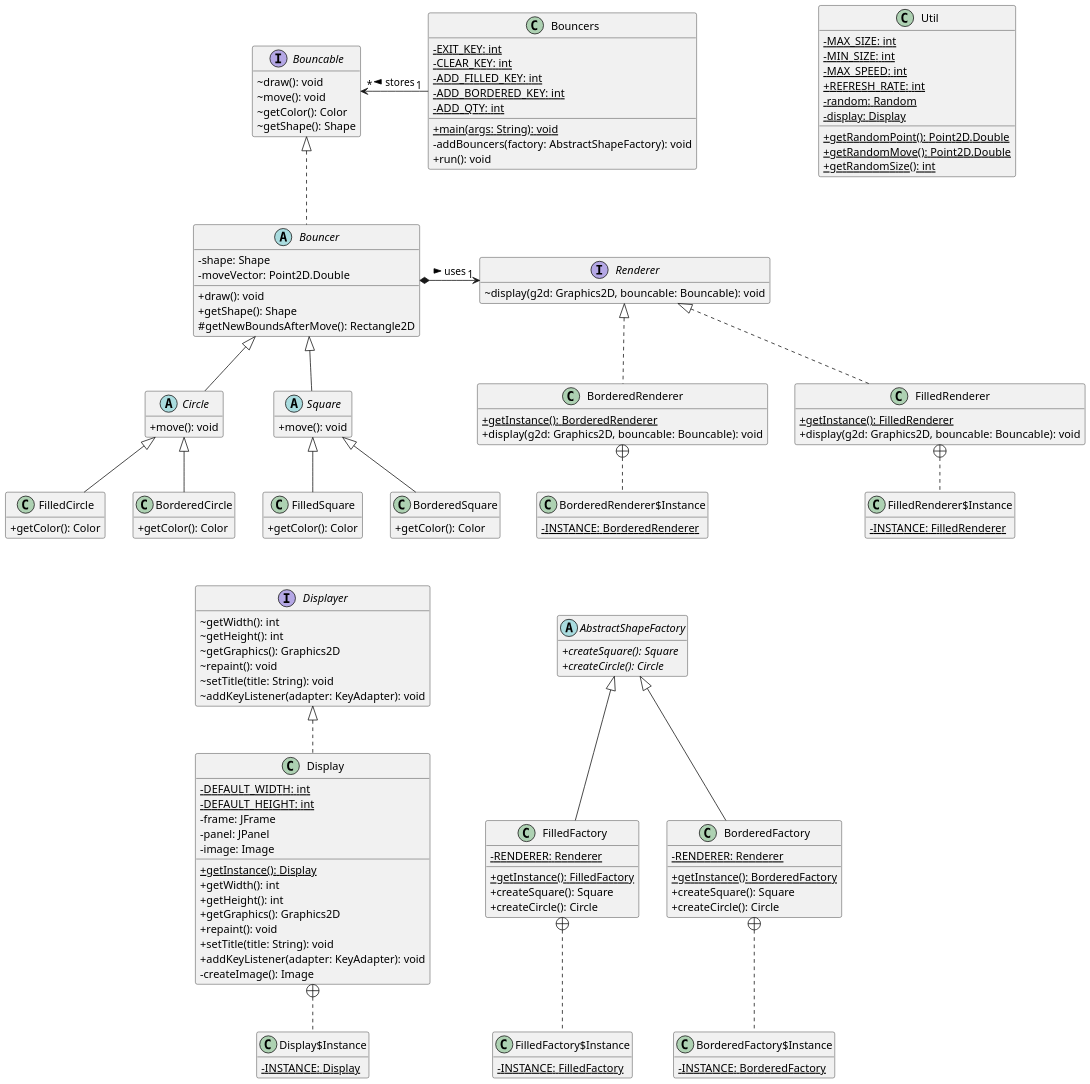
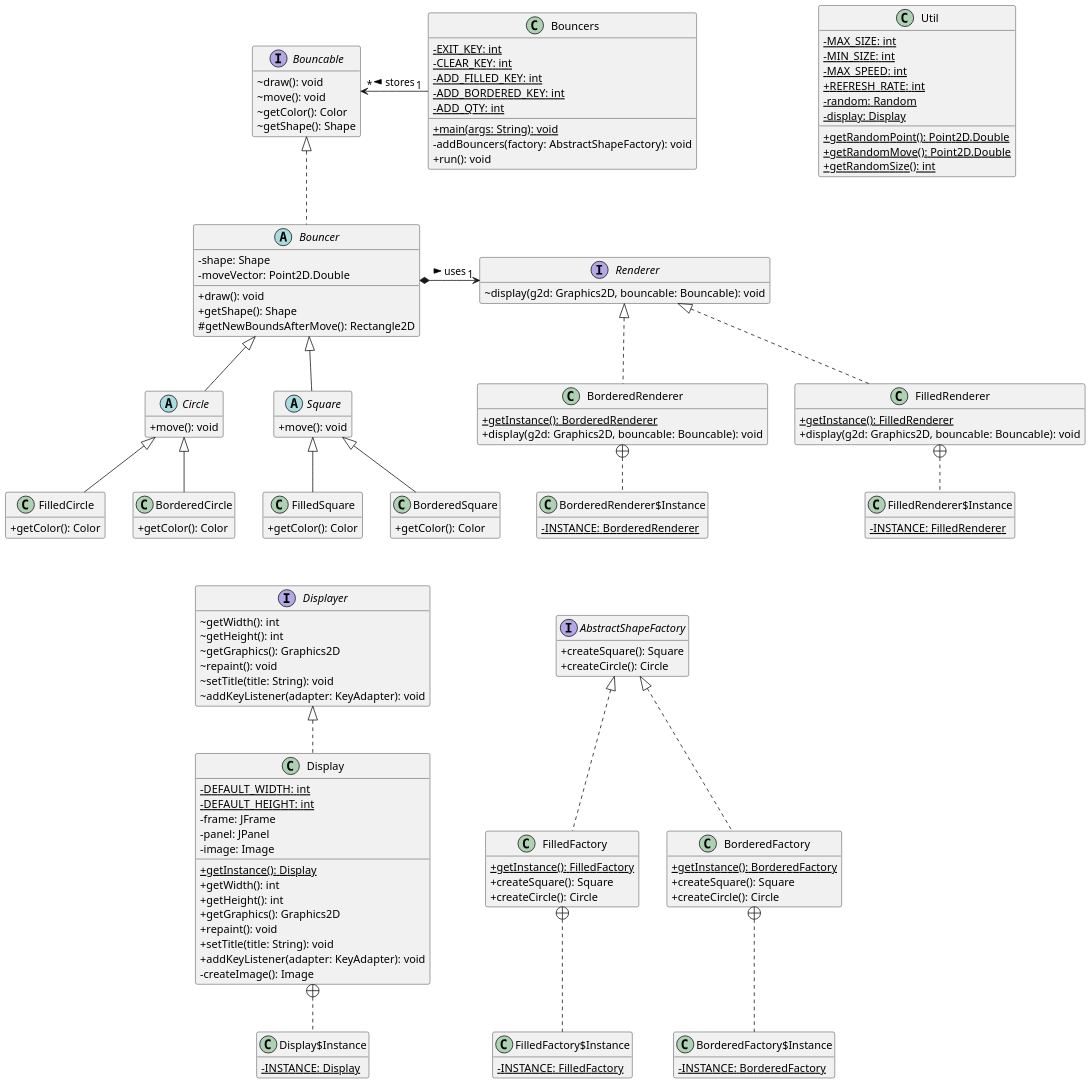
Before and after one commit to DrC0okie/HEIG_MCR_Labo2: the diagram in diagram.puml, drawn with PlantUML. The commit also changed 2 other files, not shown here.

Commit message:
Reexport diagram after refactor, as SVG this time as it works actually

```diff
--- a/diagram.puml
+++ b/diagram.puml
@@ -12,7 +12,6 @@
 ' Missing associations
 Bouncers "1"-left->"*" Bouncable: stores >
 Bouncer *->"1" Renderer: uses >
-'TODO: should renderer be represented in AbstractShapeFactory ?
 
 ' Hidden links to arrange the 3 blocks
 BorderedRenderer$Instance .[hidden]. AbstractShapeFactory
@@ -40,24 +39,20 @@
 
 
 class FilledFactory {
-- {static} RENDERER: Renderer
 + {static} getInstance(): FilledFactory
 + createSquare(): Square
 + createCircle(): Circle
 }
-
 
 class FilledFactory$Instance {
 - {static} INSTANCE: FilledFactory
 }
 
 class BorderedFactory {
-- {static} RENDERER: Renderer
 + {static} getInstance(): BorderedFactory
 + createSquare(): Square
 + createCircle(): Circle
 }
-
 
 class BorderedFactory$Instance {
 - {static} INSTANCE: BorderedFactory
@@ -93,9 +88,9 @@
 + getColor(): Color
 }
 
-abstract class AbstractShapeFactory {
-+ {abstract}createSquare(): Square
-+ {abstract}createCircle(): Circle
+interface AbstractShapeFactory {
++ createSquare(): Square
++ createCircle(): Circle
 }
 
 class FilledRenderer {
@@ -182,9 +177,9 @@
 
 
 Bouncable <|.. Bouncer
-AbstractShapeFactory <|-- FilledFactory
+AbstractShapeFactory <|.. FilledFactory
 FilledFactory +.. FilledFactory$Instance
-AbstractShapeFactory <|-- BorderedFactory
+AbstractShapeFactory <|.. BorderedFactory
 BorderedFactory +.. BorderedFactory$Instance
 Square <|-- BorderedSquare
 Circle <|-- FilledCircle
```
